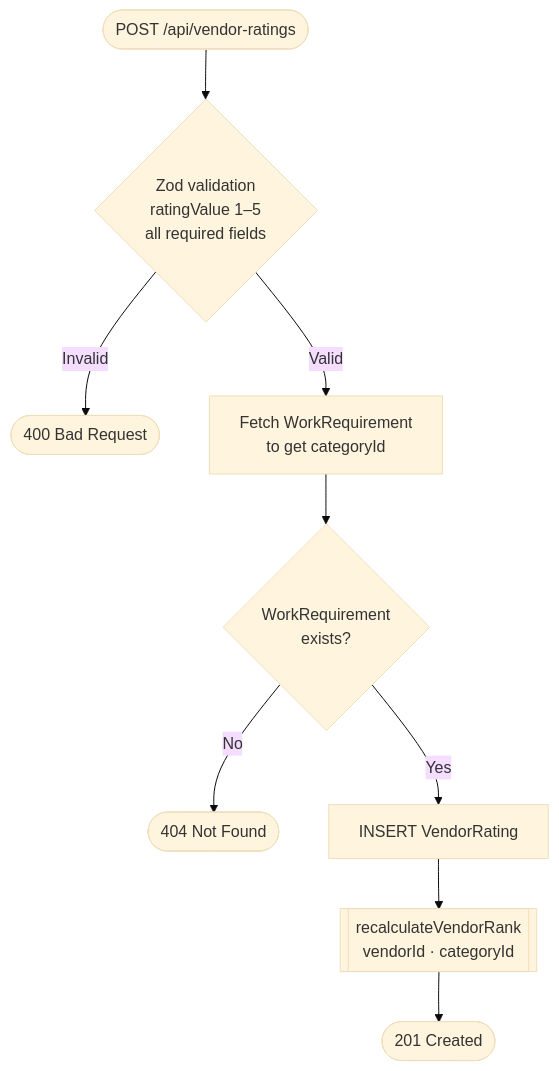
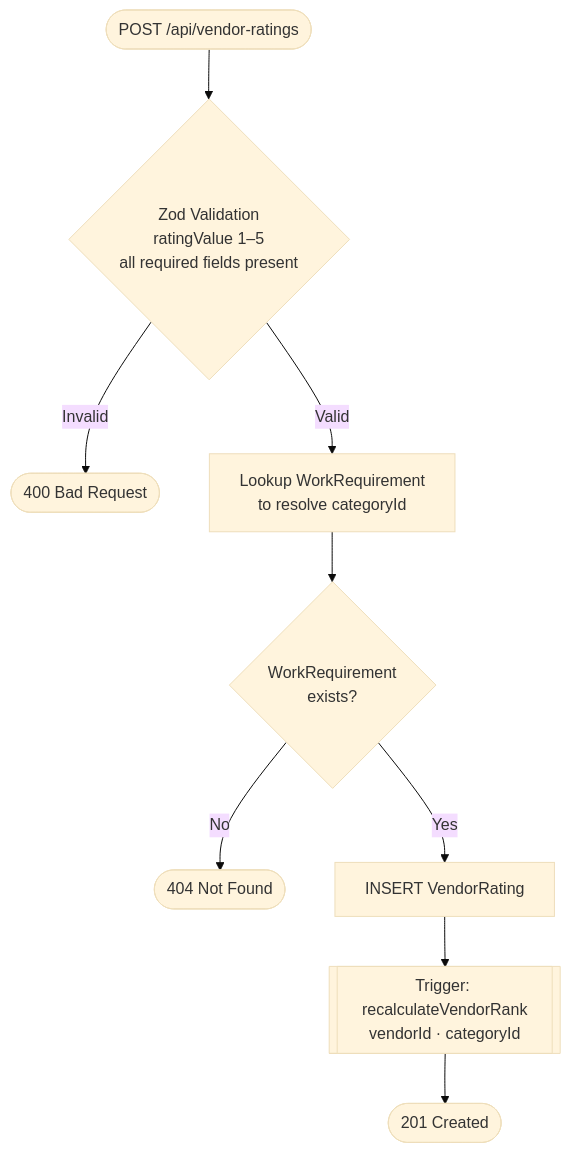
The fourth of 8 diagrams in README.md (mrsingh-rishi/recommendation-system), drawn with Mermaid (base theme) before and after one commit. The commit also changed other lines of this file, not shown here.

Commit message:
docs: restructure README for improved clarity and organization, update project architecture and API design sections

````diff
--- a/README.md
+++ b/README.md
@@ -212,11 +303,11 @@
 ```mermaid
 flowchart TD
-    A([POST /api/vendor-ratings]) --> B{Zod validation\nratingValue 1–5\nall required fields}
+    A([POST /api/vendor-ratings]) --> B{Zod Validation\nratingValue 1–5\nall required fields present}
     B -- Invalid --> C([400 Bad Request])
-    B -- Valid --> D[Fetch WorkRequirement\nto get categoryId]
+    B -- Valid --> D[Lookup WorkRequirement\nto resolve categoryId]
     D --> E{WorkRequirement\nexists?}
     E -- No --> F([404 Not Found])
     E -- Yes --> G[INSERT VendorRating]
-    G --> H[[recalculateVendorRank\nvendorId · categoryId]]
+    G --> H[[Trigger: recalculateVendorRank\nvendorId · categoryId]]
     H --> I([201 Created])
 ```
````
